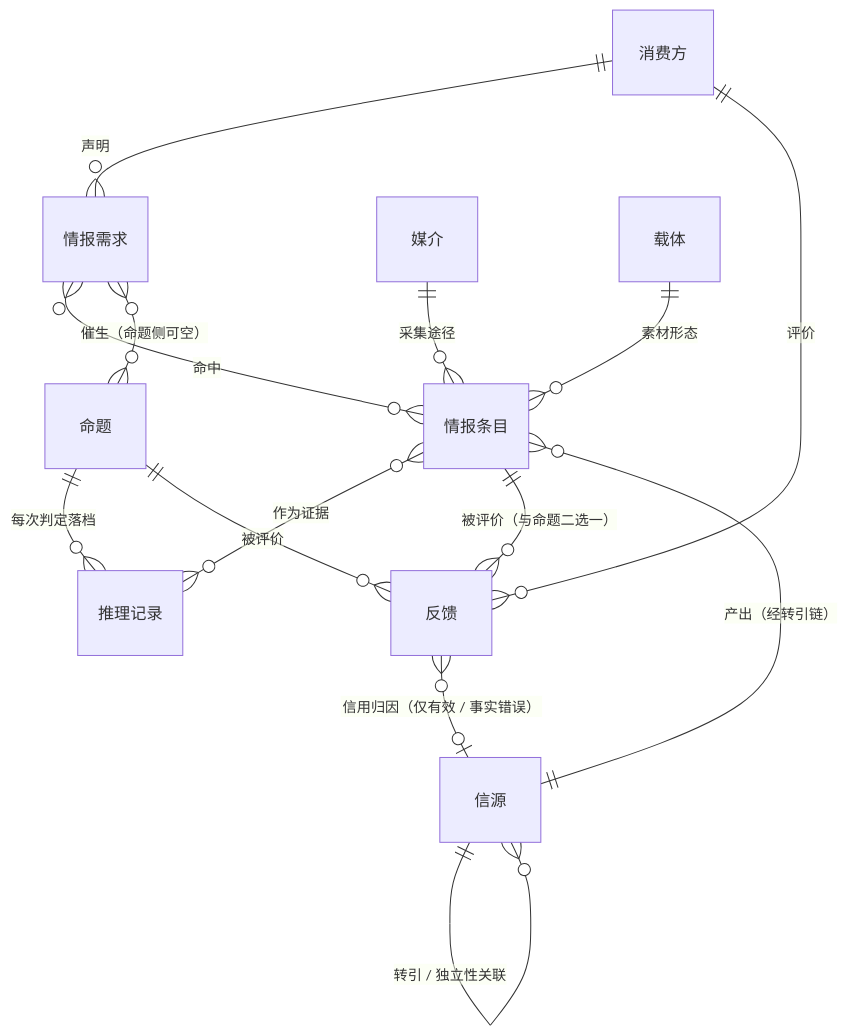
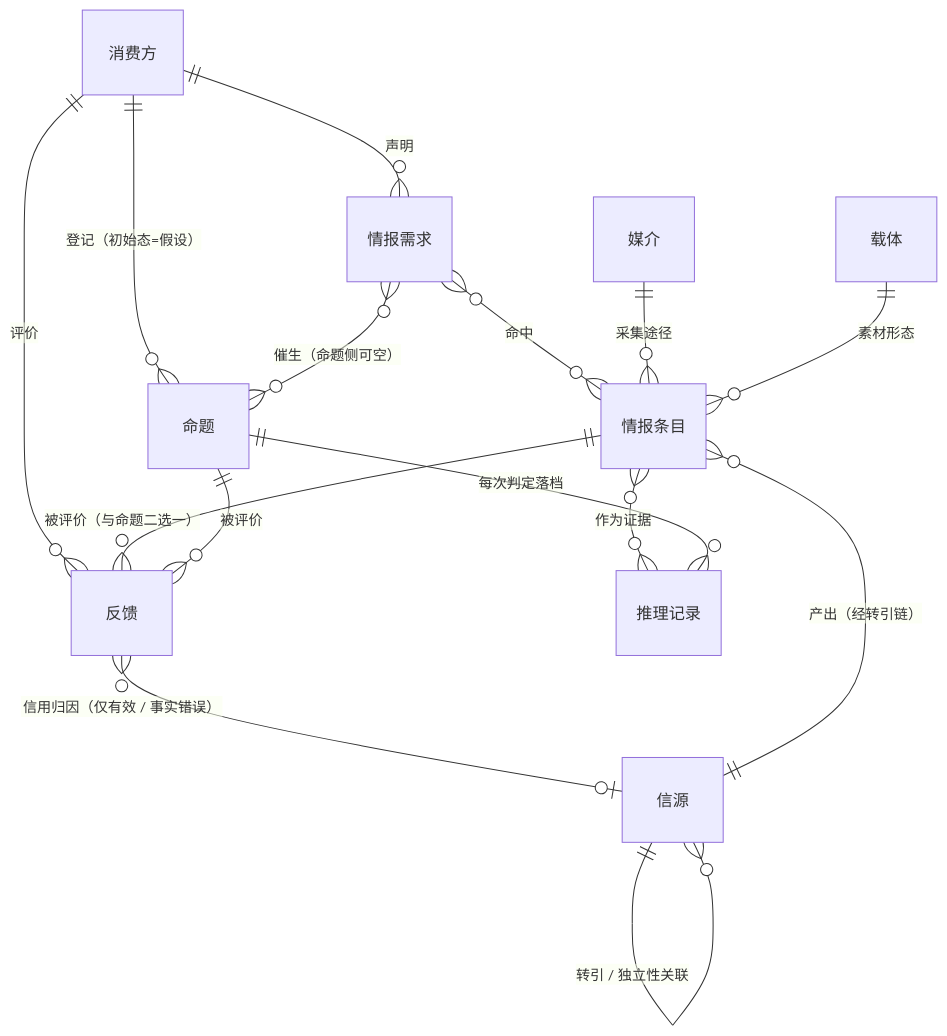
One commit to leoricmaster/iih changed the second of 5 diagrams in backlog/docs/doc-02 - 领域模型-Domain-Model.md. Above: the diagram before and after it, drawn with Mermaid. The commit also changed 5 other files, not shown here.

````diff
--- a/backlog/docs/doc-02 - 领域模型-Domain-Model.md
+++ b/backlog/docs/doc-02 - 领域模型-Domain-Model.md
@@ -53,16 +53,17 @@
 ```mermaid
 erDiagram
     消费方 ||--o{ 情报需求 : "声明"
     消费方 ||--o{ 反馈 : "评价"
+    消费方 ||--o{ 命题 : "登记（初始态=假设）"
     情报需求 }o--o{ 情报条目 : "命中"
     情报需求 }o--o{ 命题 : "催生（命题侧可空）"
     媒介 ||--o{ 情报条目 : "采集途径"
     载体 ||--o{ 情报条目 : "素材形态"
     信源 ||--o{ 情报条目 : "产出（经转引链）"
     信源 ||--o{ 信源 : "转引 / 独立性关联"
     情报条目 }o--o{ 推理记录 : "作为证据"
     命题 ||--o{ 推理记录 : "每次判定落档"
     情报条目 ||--o{ 反馈 : "被评价（与命题二选一）"
     命题 ||--o{ 反馈 : "被评价"
     反馈 }o--o| 信源 : "信用归因（仅有效 / 事实错误）"
 ```
````
